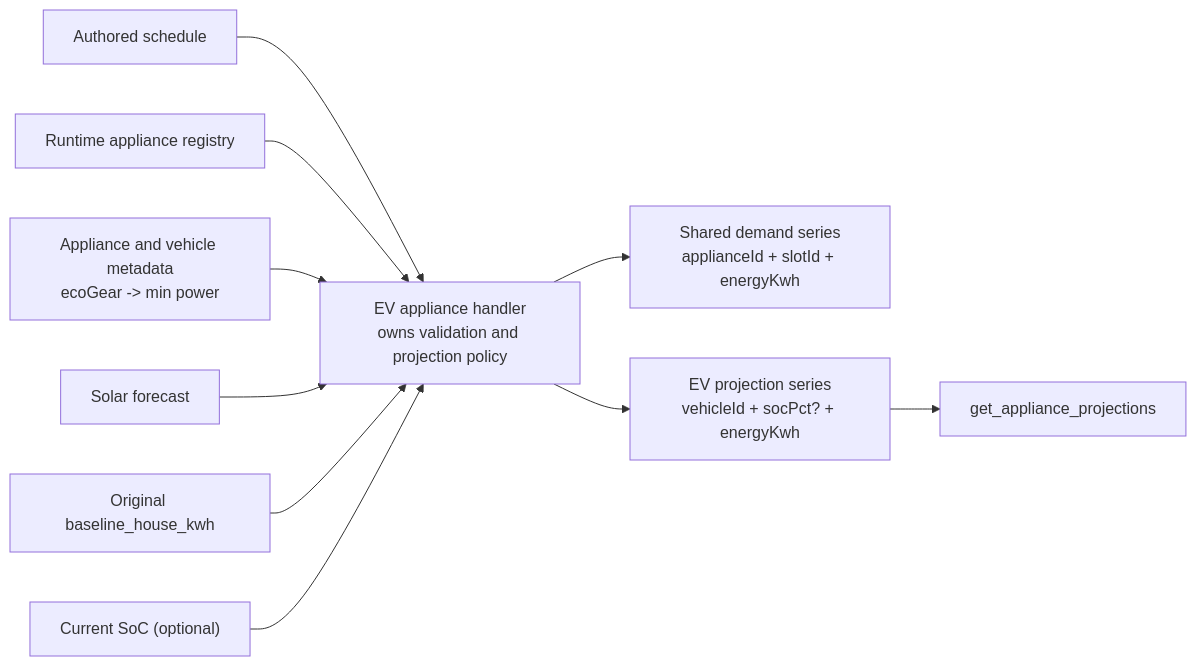
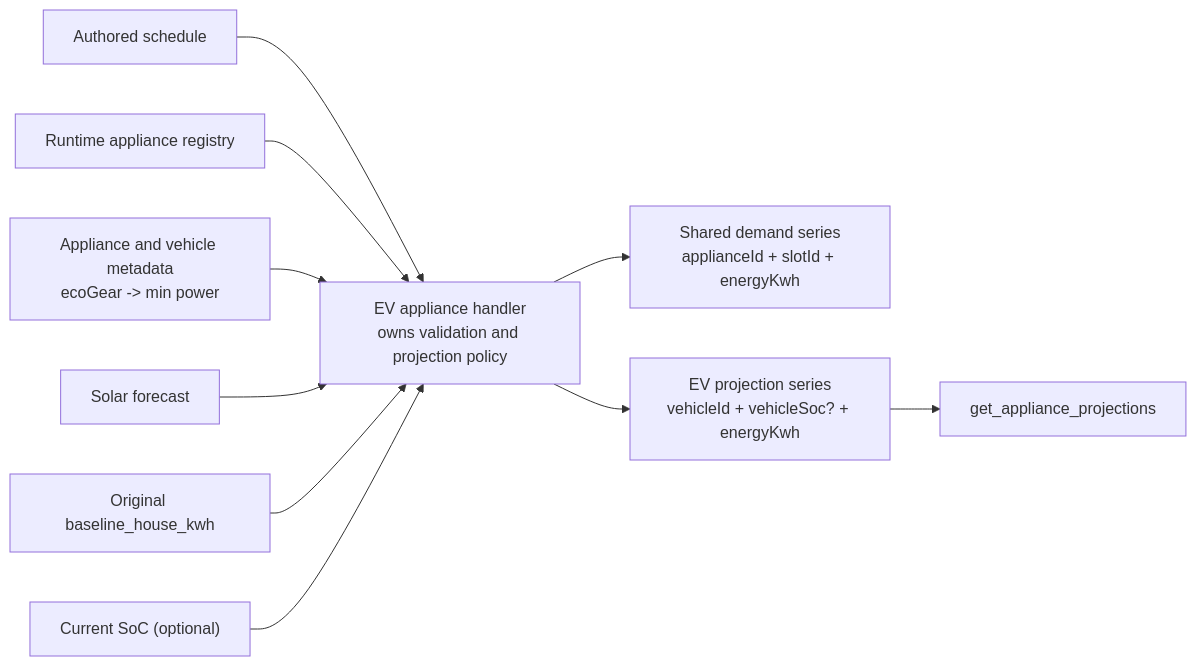
One commit to Scarfsail/hass-helman changed the third of 4 diagrams in docs/features/ev-charger/ev-charger-architecture-summary.md. Above: the diagram before and after it, drawn with Mermaid. The commit also changed other lines of this file and 14 other files, not shown here.

````diff
--- a/docs/features/ev-charger/ev-charger-architecture-summary.md
+++ b/docs/features/ev-charger/ev-charger-architecture-summary.md
@@ -69,13 +69,13 @@
 ```mermaid
 flowchart LR
     Schedule["Authored schedule"] --> Handler["EV appliance handler<br/>owns validation and projection policy"]
     Registry["Runtime appliance registry"] --> Handler
     Meta["Appliance and vehicle metadata<br/>ecoGear -> min power"] --> Handler
     Solar["Solar forecast"] --> Handler
     Base["Original baseline_house_kwh"] --> Handler
     Soc["Current SoC (optional)"] --> Handler
 
     Handler --> Demand["Shared demand series<br/>applianceId + slotId + energyKwh"]
-    Handler --> EVView["EV projection series<br/>vehicleId + socPct? + energyKwh"]
+    Handler --> EVView["EV projection series<br/>vehicleId + vehicleSoc? + energyKwh"]
     EVView --> ProjectionApi["get_appliance_projections"]
 ```
````
